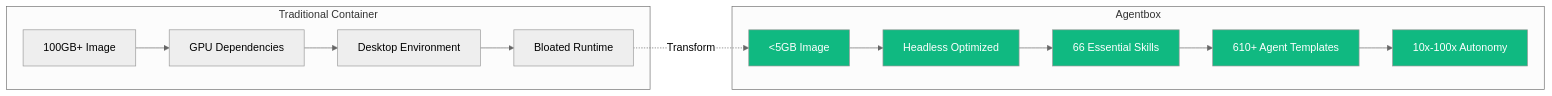
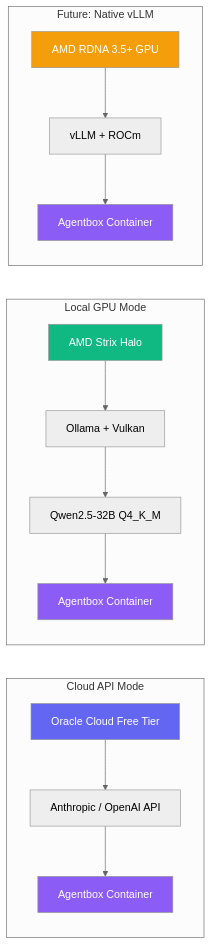
The first of 9 diagrams in README.md (DreamLab-AI/agentbox), drawn with Mermaid (neutral theme) before and after one commit. The commit also changed other lines of this file and 5 other files, not shown here.

First line of the commit message:
Add local AMD GPU inference via Ollama Vulkan, document deployment modes

````diff
--- a/README.md
+++ b/README.md
@@ -16,23 +16,25 @@
 ```mermaid
 graph LR
-    subgraph "Traditional Container"
-        A[100GB+ Image] --> B[GPU Dependencies]
-        B --> C[Desktop Environment]
-        C --> D[Bloated Runtime]
+    subgraph "Cloud API Mode"
+        A[Oracle Cloud Free Tier] --> B[Anthropic / OpenAI API]
+        B --> C[Agentbox Container]
     end
 
-    subgraph "Agentbox"
-        E[<5GB Image] --> F[Headless Optimized]
-        F --> G[66 Essential Skills]
-        G --> H[610+ Agent Templates]
-        H --> I[10x-100x Autonomy]
+    subgraph "Local GPU Mode"
+        D[AMD Strix Halo] --> E[Ollama + Vulkan]
+        E --> F[Qwen2.5-32B Q4_K_M]
+        F --> G[Agentbox Container]
     end
 
-    D -.->|"Transform"| E
+    subgraph "Future: Native vLLM"
+        H[AMD RDNA 3.5+ GPU] --> I[vLLM + ROCm]
+        I --> J[Agentbox Container]
+    end
 
-    style E fill:#10b981,color:#fff
-    style F fill:#10b981,color:#fff
-    style G fill:#10b981,color:#fff
-    style H fill:#10b981,color:#fff
-    style I fill:#10b981,color:#fff
+    style A fill:#6366f1,color:#fff
+    style D fill:#10b981,color:#fff
+    style H fill:#f59e0b,color:#fff
+    style C fill:#8b5cf6,color:#fff
+    style G fill:#8b5cf6,color:#fff
+    style J fill:#8b5cf6,color:#fff
 ```
````
